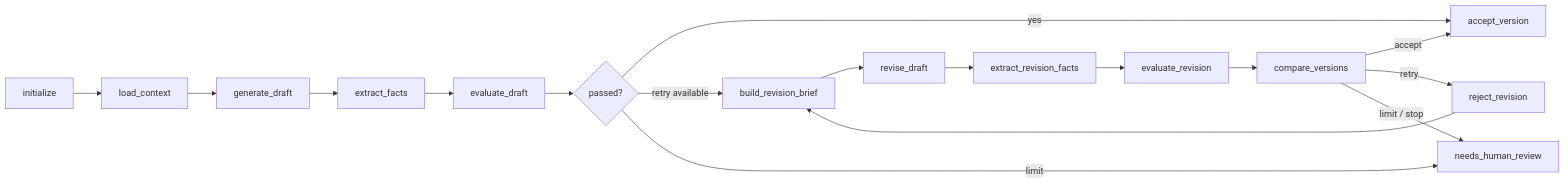
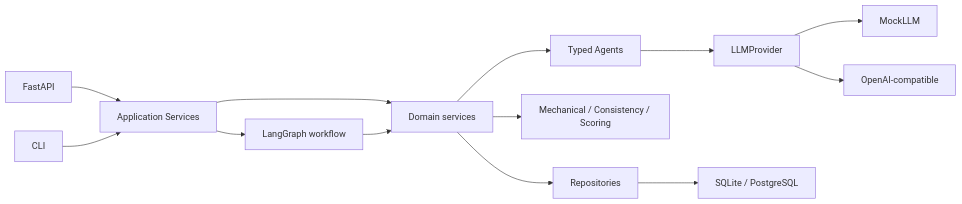
Before and after one commit to JiaoZiQ/StoryForge: the diagram in README.md, drawn with Mermaid. The commit also changed other lines of this file and 49 other files, not shown here.

````diff
--- a/README.md
+++ b/README.md
@@ -103,10 +18,15 @@
 ```mermaid
 flowchart LR
-    I["initialize"] --> C["load_context"] --> G["generate_draft"] --> F["extract_facts"] --> E["evaluate_draft"] --> D{"passed?"}
-    D -->|yes| A["accept_version"]
-    D -->|retry available| B["build_revision_brief"] --> R["revise_draft"] --> RF["extract_revision_facts"] --> RE["evaluate_revision"] --> V["compare_versions"]
-    V -->|accept| A
-    V -->|retry| X["reject_revision"] --> B
-    D -->|limit| H["needs_human_review"]
-    V -->|limit / stop| H
+    API["FastAPI"] --> APP["Application Services"]
+    CLI["CLI"] --> APP
+    APP --> FLOW["LangGraph workflow"]
+    APP --> DOMAIN["Domain services"]
+    FLOW --> DOMAIN
+    DOMAIN --> AGENTS["Typed Agents"]
+    DOMAIN --> EVAL["Mechanical / Consistency / Scoring"]
+    DOMAIN --> REPO["Repositories"]
+    AGENTS --> LLM["LLMProvider"]
+    LLM --> MOCK["MockLLM"]
+    LLM --> OPENAI["OpenAI-compatible"]
+    REPO --> DB["SQLite / PostgreSQL"]
 ```
````
